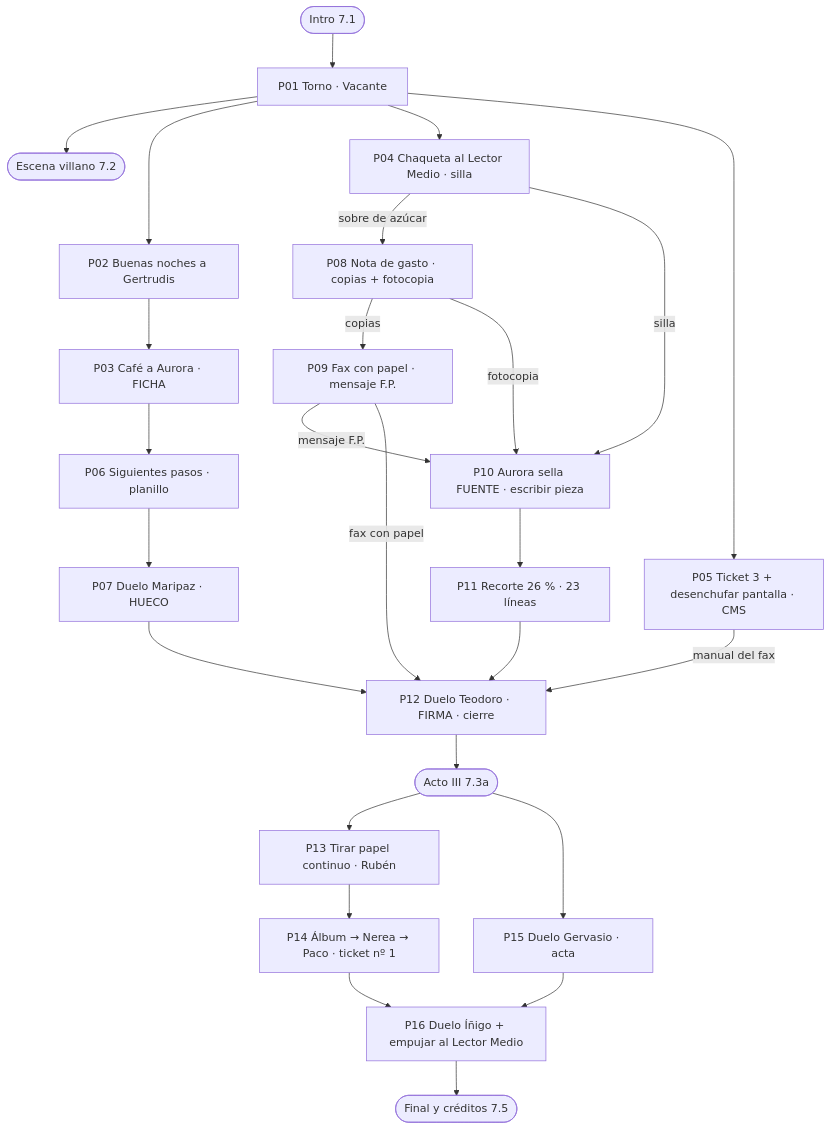
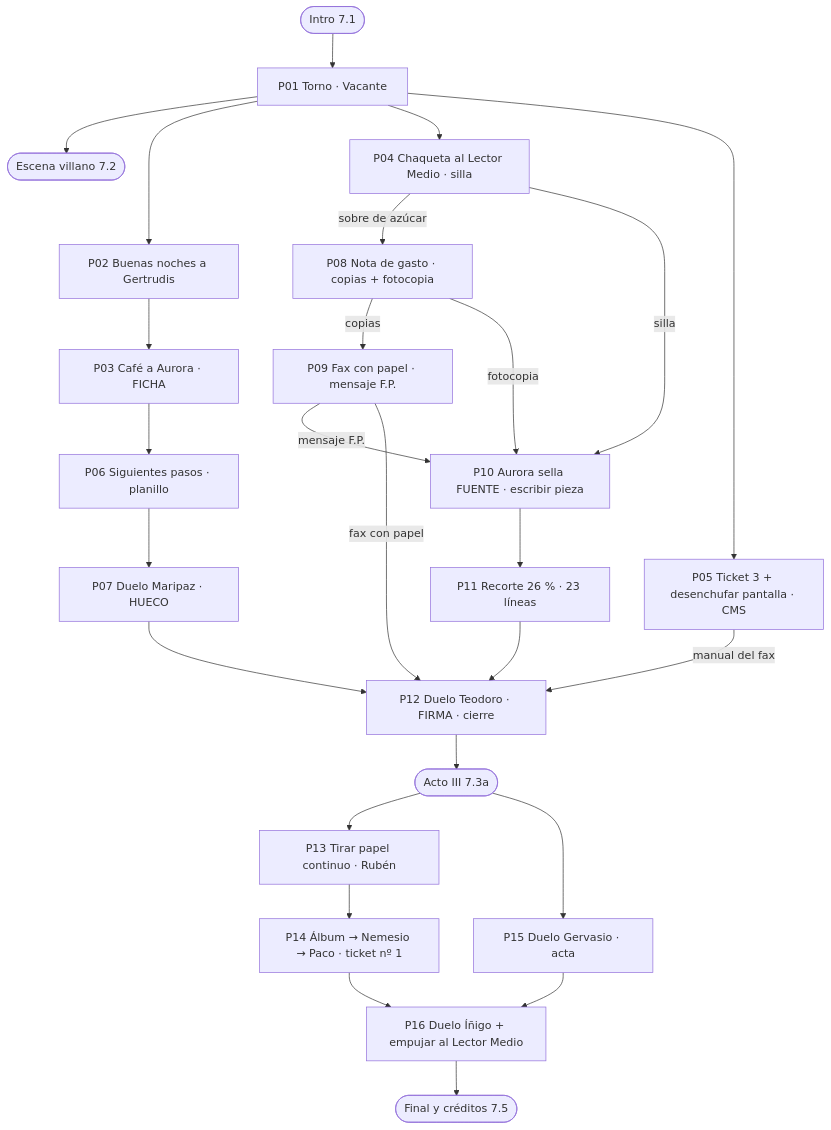
One commit to tridecoder/monkeyisland27 changed the second of 2 diagrams in docs/GUION_BIBLIA.md. Above: the diagram before and after it, drawn with Mermaid. The commit also changed other lines of this file and 32 other files, not shown here.

````diff
--- a/docs/GUION_BIBLIA.md
+++ b/docs/GUION_BIBLIA.md
@@ -810,28 +810,28 @@
 ```mermaid
 flowchart TD
   INTRO([Intro 7.1]) --> P01[P01 Torno · Vacante]
   P01 --> V([Escena villano 7.2])
   P01 --> P02[P02 Buenas noches a Gertrudis]
   P01 --> P04[P04 Chaqueta al Lector Medio · silla]
   P01 --> P05[P05 Ticket 3 + desenchufar pantalla · CMS]
   P02 --> P03[P03 Café a Aurora · FICHA]
   P03 --> P06[P06 Siguientes pasos · planillo]
   P06 --> P07[P07 Duelo Maripaz · HUECO]
   P04 -->|sobre de azúcar| P08[P08 Nota de gasto · copias + fotocopia]
   P08 -->|copias| P09[P09 Fax con papel · mensaje F.P.]
   P08 -->|fotocopia| P10[P10 Aurora sella FUENTE · escribir pieza]
   P09 -->|mensaje F.P.| P10
   P04 -->|silla| P10
   P10 --> P11[P11 Recorte 26 % · 23 líneas]
   P09 -->|fax con papel| P12[P12 Duelo Teodoro · FIRMA · cierre]
   P05 -->|manual del fax| P12
   P07 --> P12
   P11 --> P12
   P12 --> A3([Acto III 7.3a])
   A3 --> P13[P13 Tirar papel continuo · Rubén]
   A3 --> P15[P15 Duelo Gervasio · acta]
-  P13 --> P14[P14 Álbum → Nerea → Paco · ticket nº 1]
+  P13 --> P14[P14 Álbum → Nemesio → Paco · ticket nº 1]
   P14 --> P16[P16 Duelo Íñigo + empujar al Lector Medio]
   P15 --> P16
   P16 --> FIN([Final y créditos 7.5])
 ```
````
